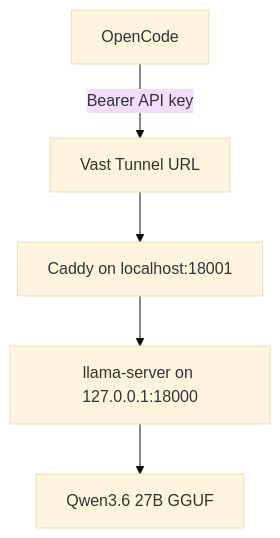
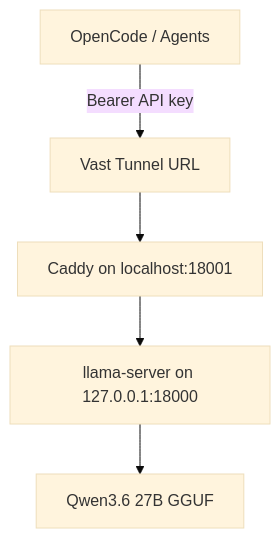
Before and after one commit to Pukujan/private-study-log: the third of 3 diagrams in Projects/vastai/how-to-run-server-latest.md, drawn with Mermaid (base theme). The commit also changed other lines of this file, not shown here.

````diff
--- a/Projects/vastai/how-to-run-server-latest.md
+++ b/Projects/vastai/how-to-run-server-latest.md
@@ -1068,7 +1181,7 @@
 ```mermaid
 flowchart TB
-    A[OpenCode] -->|Bearer API key| B[Vast Tunnel URL]
+    A[OpenCode / Agents] -->|Bearer API key| B[Vast Tunnel URL]
     B --> C[Caddy on localhost:18001]
     C --> D[llama-server on 127.0.0.1:18000]
     D --> E[Qwen3.6 27B GGUF]
 ```
````
